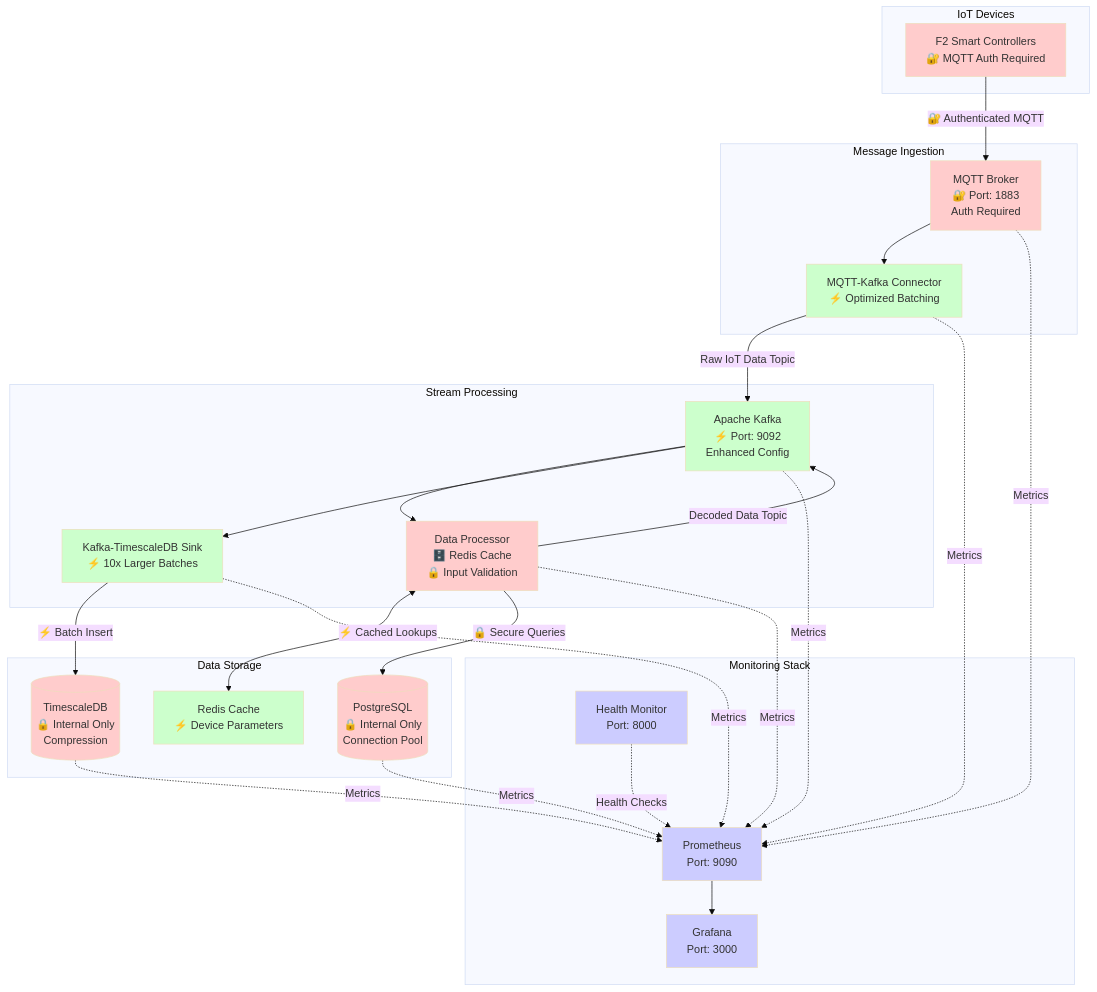
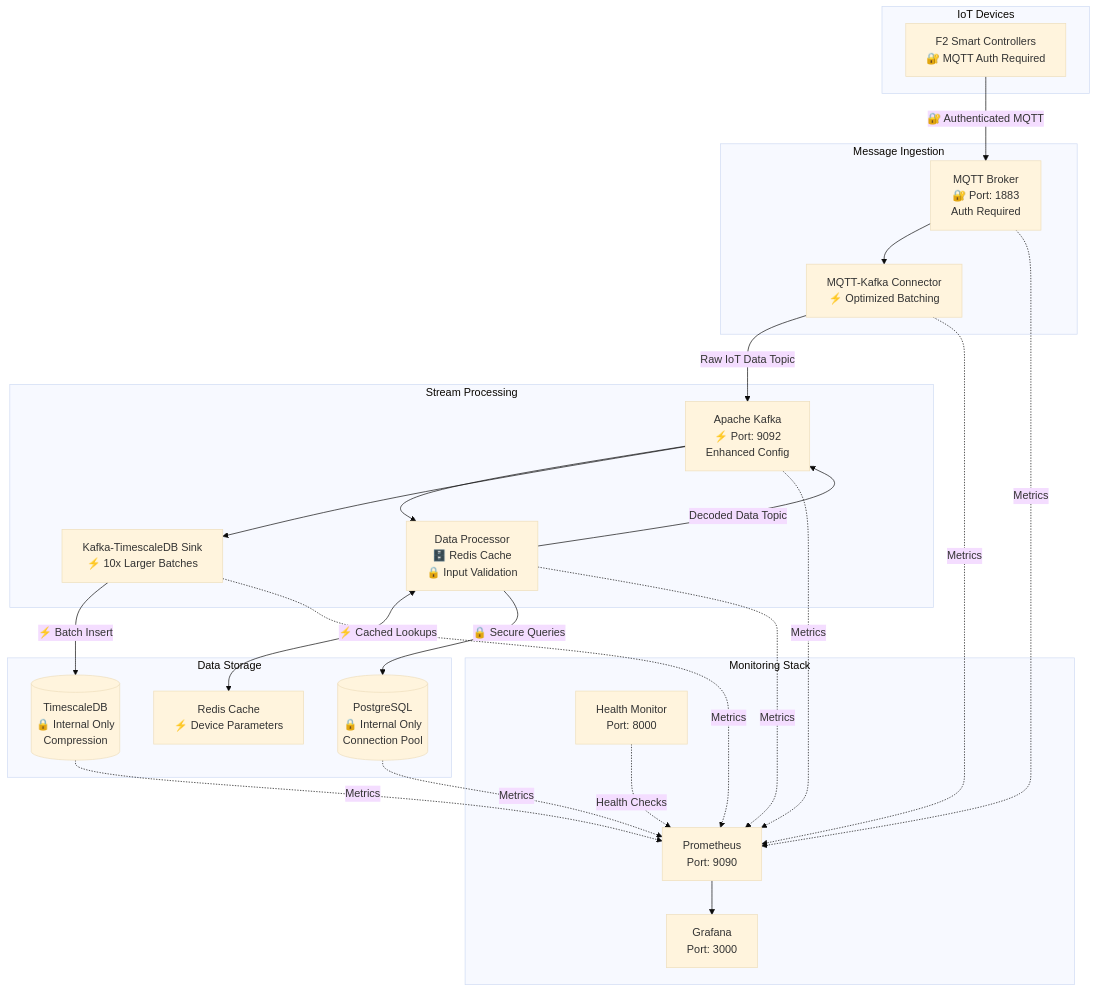
One commit to amoyavt/POC_MQTT changed the second of 2 diagrams in README.md. Above: the diagram before and after it, drawn with Mermaid (base theme). The commit also changed 1 other file, not shown here.

Commit message:
Enhance F2DeviceSimulator with additional device modes and components, improving simulation capabilities and data publishing methods

````diff
--- a/README.md
+++ b/README.md
@@ -36,57 +36,53 @@
 ```mermaid
 graph TB
     subgraph "IoT Devices"
         A[F2 Smart Controllers<br/>🔐 MQTT Auth Required]
     end
     
     subgraph "Message Ingestion"
         B[MQTT Broker<br/>🔐 Port: 1883<br/>Auth Required]
         C[MQTT-Kafka Connector<br/>⚡ Optimized Batching]
     end
     
     subgraph "Stream Processing"
         D[Apache Kafka<br/>⚡ Port: 9092<br/>Enhanced Config]
         E[Data Processor<br/>🗄️ Redis Cache<br/>🔒 Input Validation]
         F[Kafka-TimescaleDB Sink<br/>⚡ 10x Larger Batches]
     end
     
     subgraph "Data Storage"
         G[(PostgreSQL<br/>🔒 Internal Only<br/>Connection Pool)]
         H[(TimescaleDB<br/>🔒 Internal Only<br/>Compression)]
         R[Redis Cache<br/>⚡ Device Parameters]
     end
     
     subgraph "Monitoring Stack"
         I[Prometheus<br/>Port: 9090]
         J[Grafana<br/>Port: 3000]
         K[Health Monitor<br/>Port: 8000]
     end
     
     A -->|🔐 Authenticated MQTT| B
     B --> C
     C -->|Raw IoT Data Topic| D
     D --> E
     E <-->|⚡ Cached Lookups| R
     E -->|🔒 Secure Queries| G
     E -->|Decoded Data Topic| D
     D --> F
     F -->|⚡ Batch Insert| H
     
     B -.->|Metrics| I
     C -.->|Metrics| I
     D -.->|Metrics| I
     E -.->|Metrics| I
     F -.->|Metrics| I
     G -.->|Metrics| I
     H -.->|Metrics| I
     K -.->|Health Checks| I
     I --> J
     
-    classDef security fill:#ffcccc
-    classDef performance fill:#ccffcc
-    classDef standard fill:#ccccff
-    
     class A,B,E,G,H security
     class C,D,F,R performance
     class I,J,K standard
 ```
````
